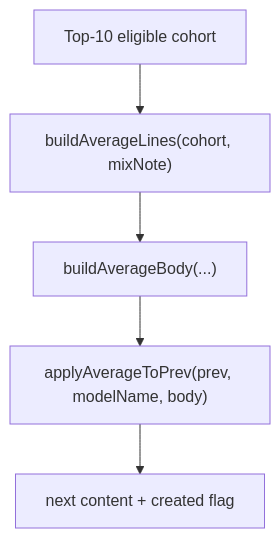
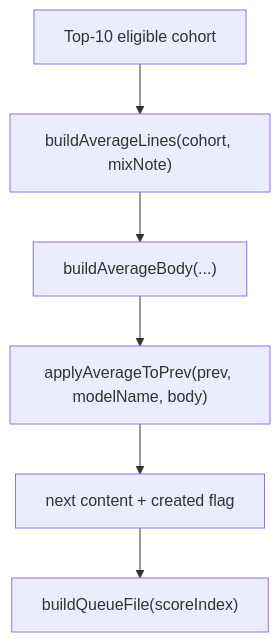
The seventh of 8 diagrams in .qoder/repowiki/en/content/Build & Development Pipeline/Build & Development Pipeline.md (delirium-dj/modelcomp), drawn with Mermaid before and after one commit. The commit also changed other lines of this file and 141 other files, not shown here.

````diff
--- a/.qoder/repowiki/en/content/Build & Development Pipeline/Build & Development Pipeline.md
+++ b/.qoder/repowiki/en/content/Build & Development Pipeline/Build & Development Pipeline.md
@@ -344,7 +343,8 @@
 ```mermaid
 flowchart TD
 Cohort["Top-10 eligible cohort"] --> Lines["buildAverageLines(cohort, mixNote)"]
 Lines --> Body["buildAverageBody(...)"]
 Body --> Merge["applyAverageToPrev(prev, modelName, body)"]
 Merge --> Result["next content + created flag"]
+Result --> Queue["buildQueueFile(scoreIndex)"]
 ```
````
